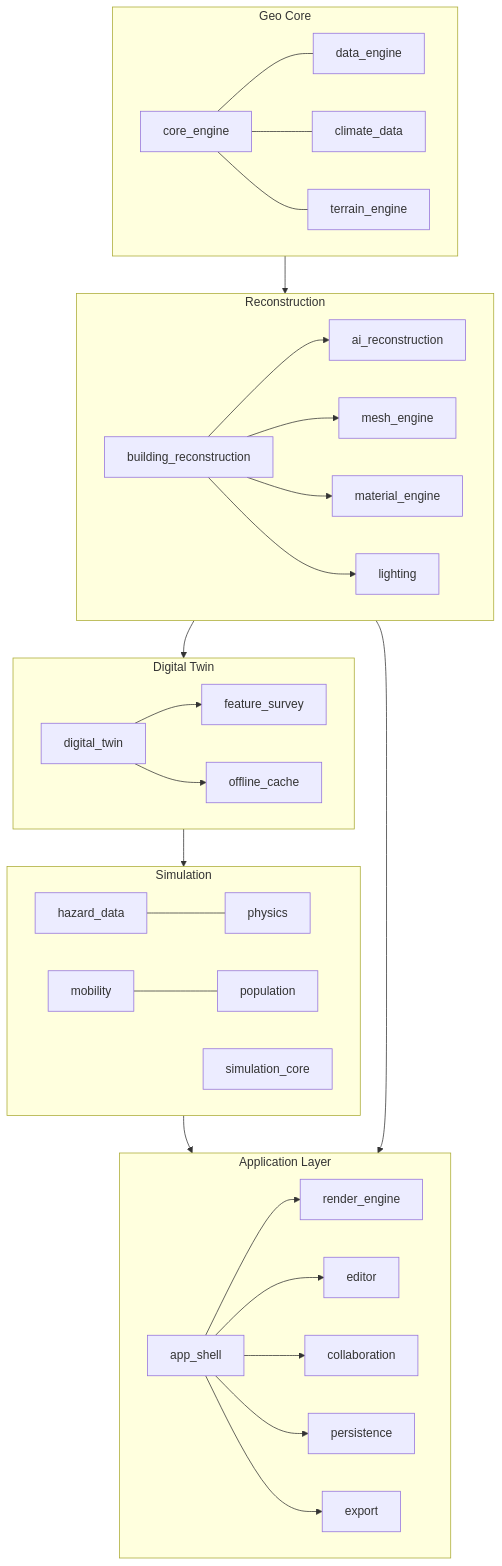
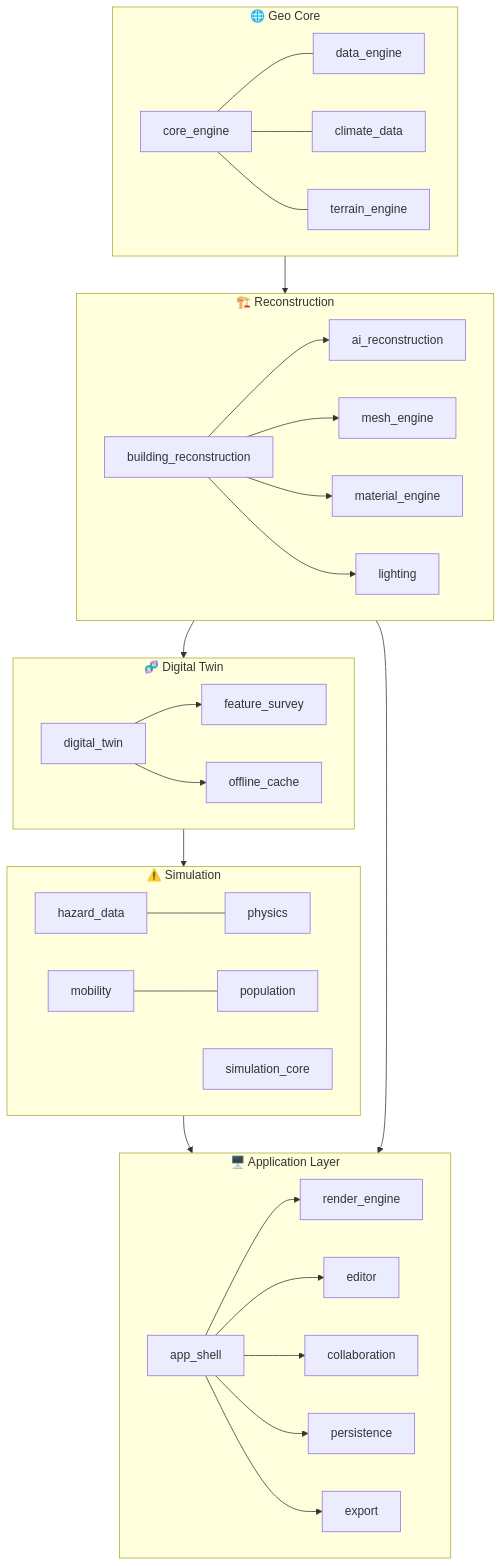
Before and after one commit to kaandevs-ops/geospatial-digital-twin: the diagram in README.md, drawn with Mermaid. The commit also changed other lines of this file, not shown here.

````diff
--- a/README.md
+++ b/README.md
@@ -58,40 +90,40 @@
 ```mermaid
 flowchart TB
-    subgraph Core["Geo Core"]
+    subgraph Core["🌐 Geo Core"]
         A[core_engine] --- B[data_engine]
         A --- C[climate_data]
         A --- D[terrain_engine]
     end
 
-    subgraph Recon["Reconstruction"]
+    subgraph Recon["🏗️ Reconstruction"]
         E[building_reconstruction] --> F[ai_reconstruction]
         E --> G[mesh_engine]
         E --> H[material_engine]
         E --> IL[lighting]
     end
 
-    subgraph Twin["Digital Twin"]
+    subgraph Twin["🧬 Digital Twin"]
         DT[digital_twin] --> FS[feature_survey]
         DT --> OC[offline_cache]
     end
 
-    subgraph Sim["Simulation"]
+    subgraph Sim["⚠️ Simulation"]
         I[hazard_data] --- J[physics]
         K[mobility] --- L[population]
         SC[simulation_core]
     end
 
-    subgraph App["Application Layer"]
+    subgraph App["🖥️ Application Layer"]
         M[app_shell] --> N[render_engine]
         M --> O[editor]
         M --> P[collaboration]
         M --> Q[persistence]
         M --> EX[export]
     end
 
     Core --> Recon
     Recon --> Twin
     Twin --> Sim
     Sim --> App
     Recon --> App
 ```
````
